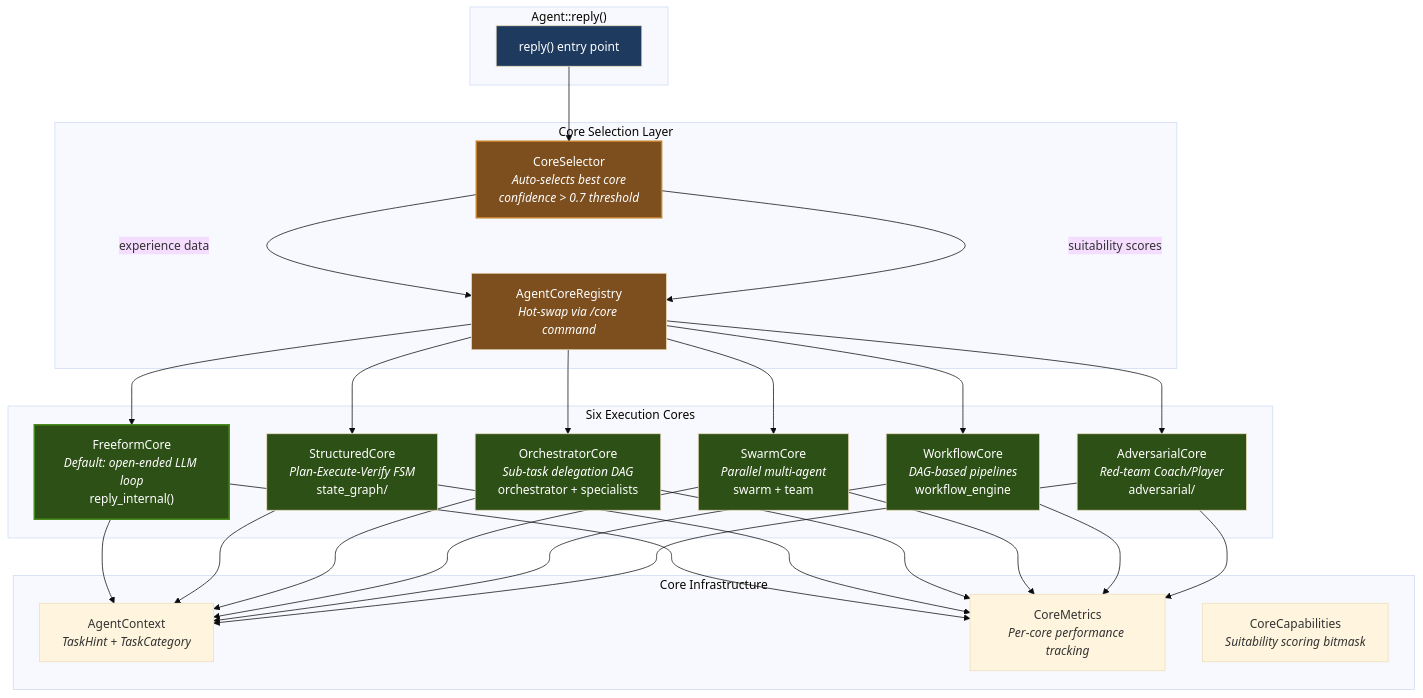
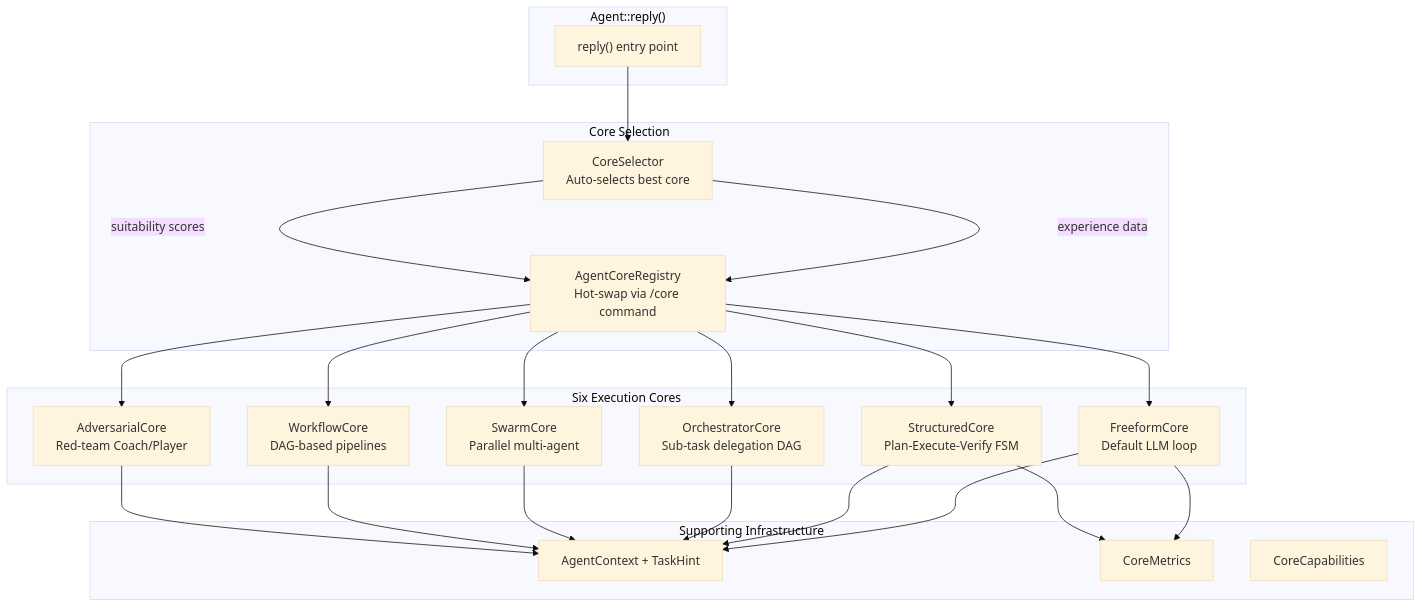
The third of 10 diagrams in docs/ARCHITECTURE.md (Ghenghis/Super-Goose), drawn with Mermaid (base theme) before and after one commit. The commit also changed other lines of this file and 317 other files, not shown here.

````diff
--- a/docs/ARCHITECTURE.md
+++ b/docs/ARCHITECTURE.md
@@ -182,60 +181,46 @@
 ```mermaid
 graph TD
     subgraph "Agent::reply()"
         REPLY["reply() entry point"]
     end
 
-    subgraph "Core Selection Layer"
-        CS["CoreSelector<br/><i>Auto-selects best core</i><br/><i>confidence > 0.7 threshold</i>"]
-        REG["AgentCoreRegistry<br/><i>Hot-swap via /core command</i>"]
+    subgraph "Core Selection"
+        CS["CoreSelector<br/>Auto-selects best core"]
+        REG["AgentCoreRegistry<br/>Hot-swap via /core command"]
     end
 
     subgraph "Six Execution Cores"
-        FC["FreeformCore<br/><i>Default: open-ended LLM loop</i><br/>reply_internal()"]
-        SC["StructuredCore<br/><i>Plan-Execute-Verify FSM</i><br/>state_graph/"]
-        OC["OrchestratorCore<br/><i>Sub-task delegation DAG</i><br/>orchestrator + specialists"]
-        SWC["SwarmCore<br/><i>Parallel multi-agent</i><br/>swarm + team"]
-        WC["WorkflowCore<br/><i>DAG-based pipelines</i><br/>workflow_engine"]
-        AC["AdversarialCore<br/><i>Red-team Coach/Player</i><br/>adversarial/"]
+        FC["FreeformCore<br/>Default LLM loop"]
+        SC["StructuredCore<br/>Plan-Execute-Verify FSM"]
+        OC["OrchestratorCore<br/>Sub-task delegation DAG"]
+        SWC["SwarmCore<br/>Parallel multi-agent"]
+        WC["WorkflowCore<br/>DAG-based pipelines"]
+        AC["AdversarialCore<br/>Red-team Coach/Player"]
     end
 
-    subgraph "Core Infrastructure"
-        CTX["AgentContext<br/><i>TaskHint + TaskCategory</i>"]
-        MET["CoreMetrics<br/><i>Per-core performance tracking</i>"]
-        CAP["CoreCapabilities<br/><i>Suitability scoring bitmask</i>"]
+    subgraph "Supporting Infrastructure"
+        CTX["AgentContext + TaskHint"]
+        MET["CoreMetrics"]
+        CAP["CoreCapabilities"]
     end
 
     REPLY --> CS
     CS -->|"experience data"| REG
     CS -->|"suitability scores"| REG
     REG --> FC
     REG --> SC
     REG --> OC
     REG --> SWC
     REG --> WC
     REG --> AC
 
     FC --> CTX
     SC --> CTX
     OC --> CTX
     SWC --> CTX
     WC --> CTX
     AC --> CTX
 
     FC --> MET
     SC --> MET
-    OC --> MET
-    SWC --> MET
-    WC --> MET
-    AC --> MET
-
-    style REPLY fill:#1e3a5f,color:#fff
-    style CS fill:#7d4e1e,color:#fff,stroke:#c47f2c,stroke-width:2px
-    style REG fill:#7d4e1e,color:#fff
-    style FC fill:#2d5016,color:#fff,stroke:#4a8c1c,stroke-width:2px
-    style SC fill:#2d5016,color:#fff
-    style OC fill:#2d5016,color:#fff
-    style SWC fill:#2d5016,color:#fff
-    style WC fill:#2d5016,color:#fff
-    style AC fill:#2d5016,color:#fff
 ```
````
